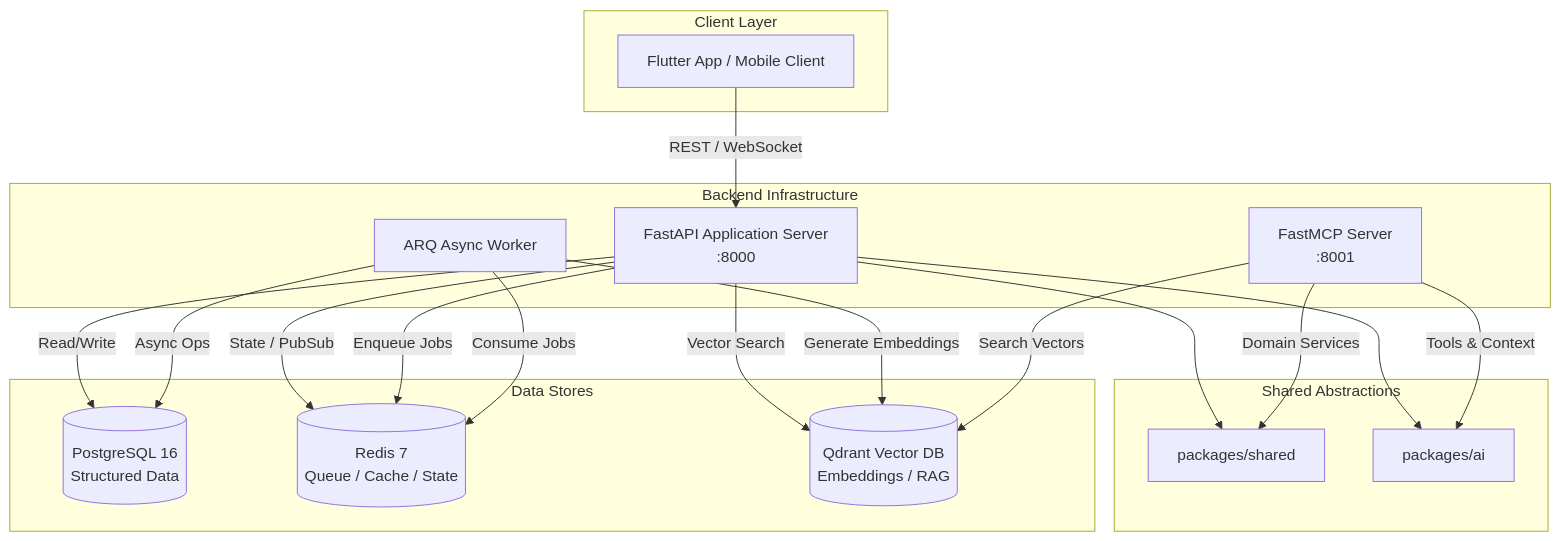
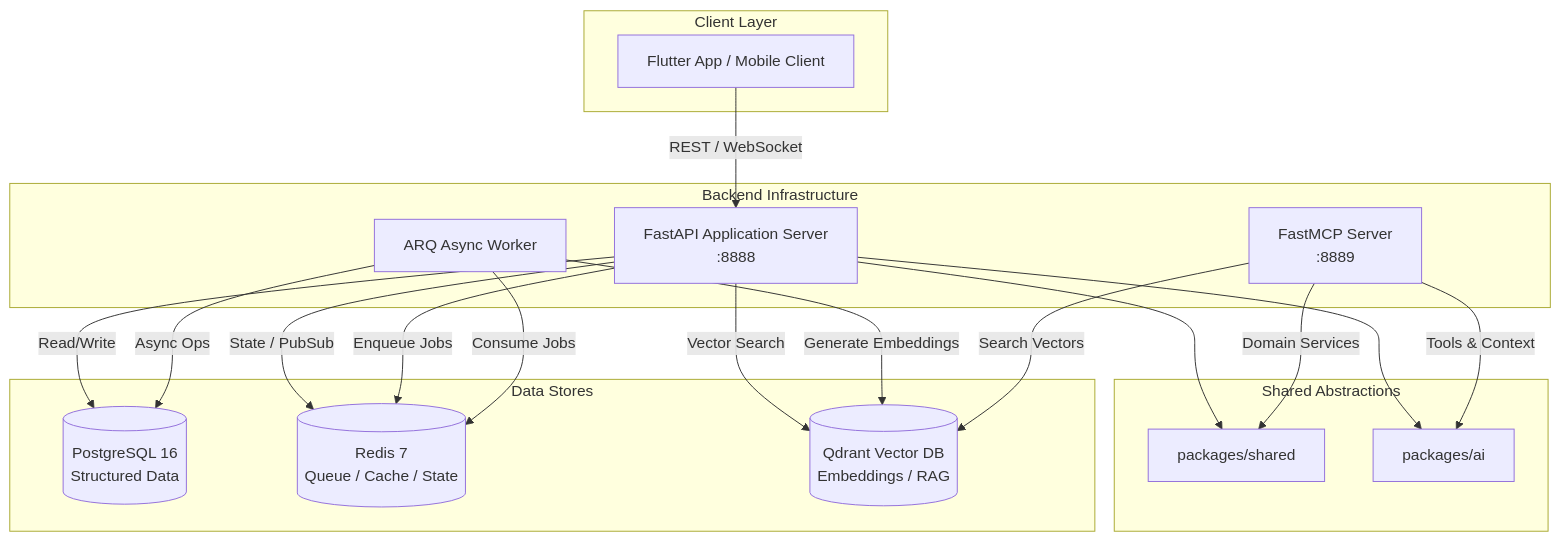
The diagram in docs/architecture.md (Nexa-Code-Studio/luna_ai), drawn with Mermaid before and after one commit. The commit also changed 52 other files, not shown here.

````diff
--- a/docs/architecture.md
+++ b/docs/architecture.md
@@ -7,39 +7,41 @@
 ```mermaid
 flowchart TD
     subgraph Client Layer
         Mobile[Flutter App / Mobile Client]
     end
 
     subgraph Backend Infrastructure
-        API[FastAPI Application Server\n:8000]
-        MCP[FastMCP Server\n:8001]
+        API[FastAPI Application Server\n:8888]
+
+        MCP[FastMCP Server\n:8889]
+
         Worker[ARQ Async Worker]
     end
 
     subgraph Shared Abstractions
         SharedPkg[packages/shared]
         AIPkg[packages/ai]
     end
 
     subgraph Data Stores
         PG[(PostgreSQL 16\nStructured Data)]
         Redis[(Redis 7\nQueue / Cache / State)]
         Qdrant[(Qdrant Vector DB\nEmbeddings / RAG)]
     end
 
     Mobile -->|REST / WebSocket| API
     API --> SharedPkg
     API --> AIPkg
     API -->|Read/Write| PG
     API -->|State / PubSub| Redis
     API -->|Vector Search| Qdrant
     API -->|Enqueue Jobs| Redis
 
     Worker -->|Consume Jobs| Redis
     Worker -->|Async Ops| PG
     Worker -->|Generate Embeddings| Qdrant
 
     MCP -->|Tools & Context| AIPkg
     MCP -->|Domain Services| SharedPkg
     MCP -->|Search Vectors| Qdrant
 ```
````
